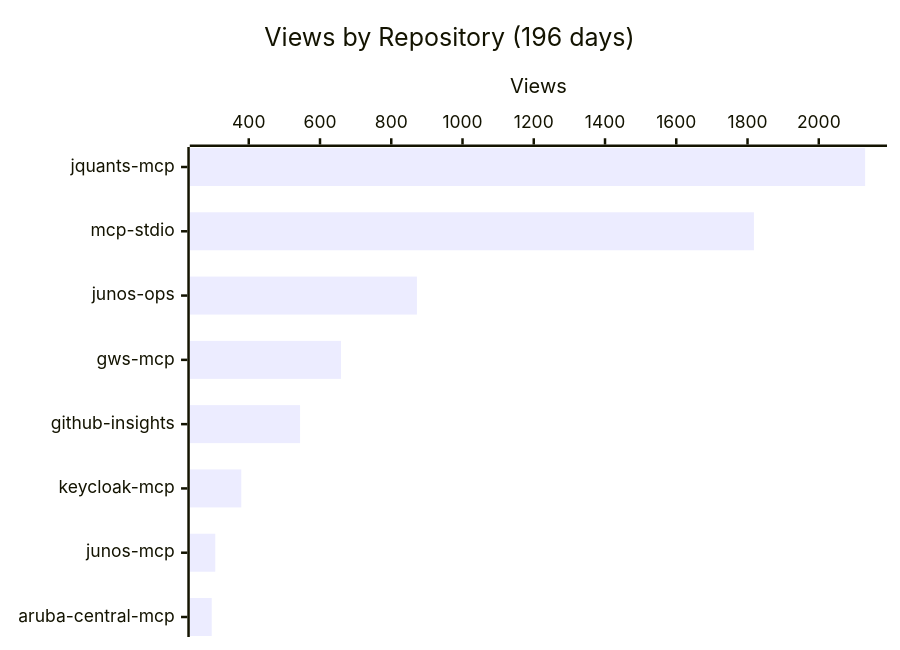
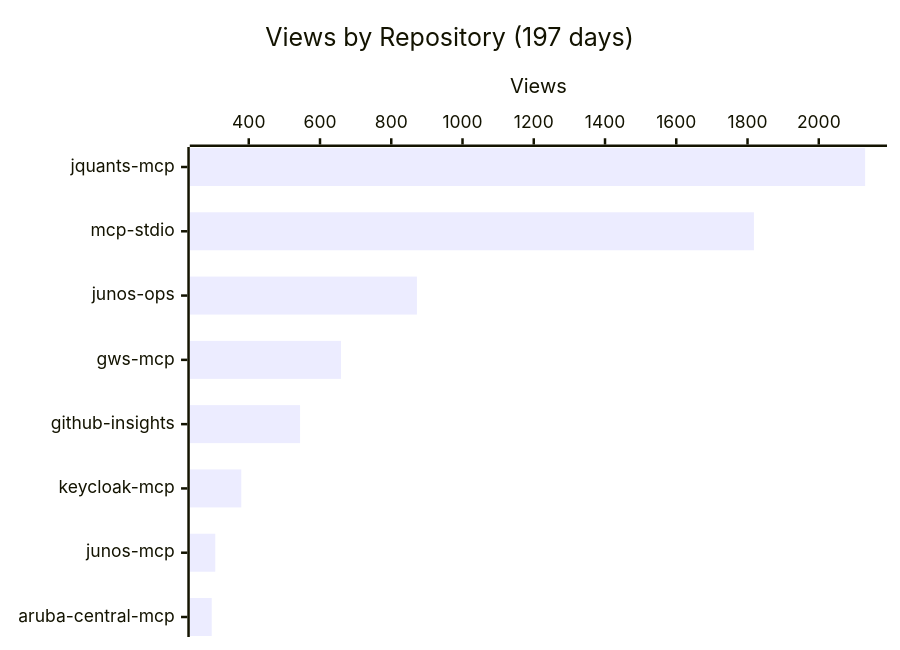
One commit to shigechika/github-insights changed the first of 4 diagrams in README.md. Above: the diagram before and after it, drawn with Mermaid. The commit also changed other lines of this file and 2 other files, not shown here.

````diff
--- a/README.md
+++ b/README.md
@@ -18,7 +18,7 @@
 ```mermaid
 xychart-beta horizontal
-    title "Views by Repository (196 days)"
+    title "Views by Repository (197 days)"
     x-axis ["jquants-mcp", "mcp-stdio", "junos-ops", "gws-mcp", "github-insights", "keycloak-mcp", "junos-mcp", "aruba-central-mcp"]
     y-axis "Views"
     bar [2130, 1818, 872, 659, 544, 379, 306, 296]
 ```
````
